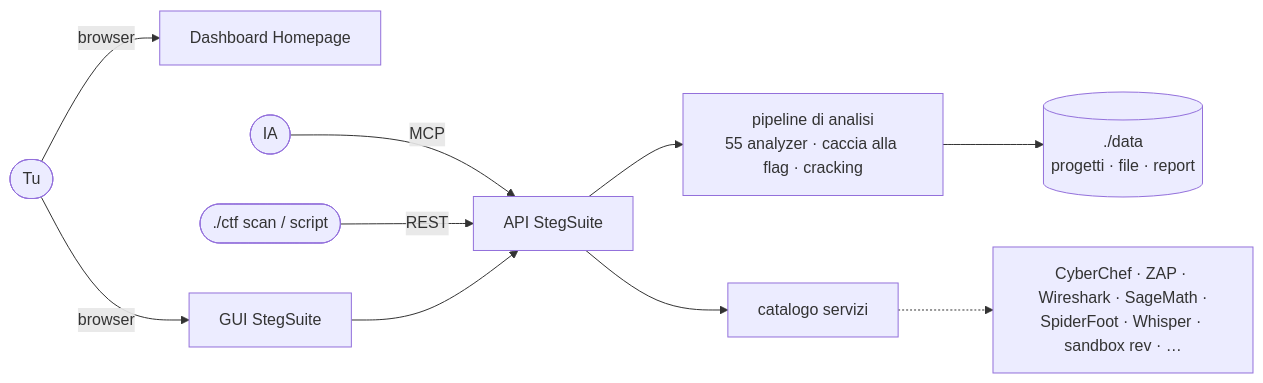
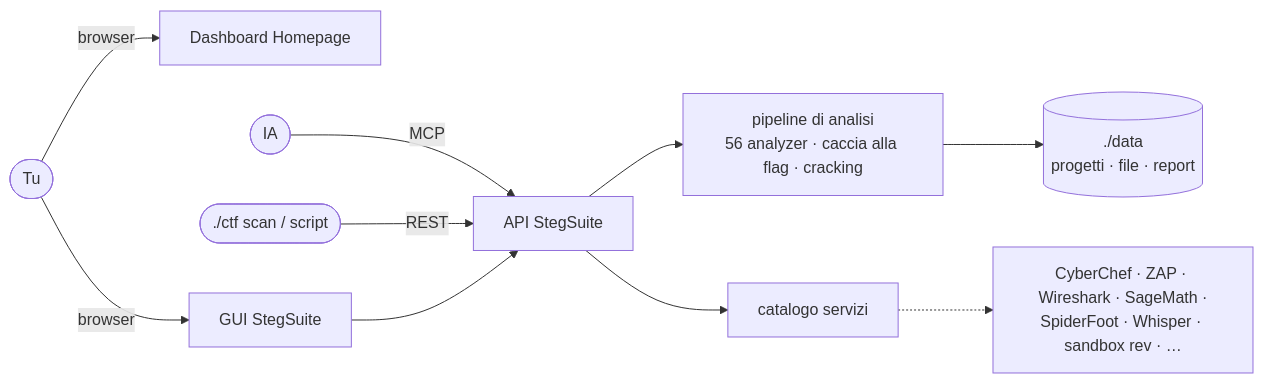
Before and after one commit to dexRand/ctf-docker: the diagram in README.it.md, drawn with Mermaid. The commit also changed other lines of this file and 8 other files, not shown here.

````diff
--- a/README.it.md
+++ b/README.it.md
@@ -88,12 +88,12 @@
 ```mermaid
 flowchart LR
   tu([Tu]) -->|browser| dash[Dashboard Homepage]
   tu -->|browser| ss[GUI StegSuite]
   ia([IA]) -->|MCP| api
   cli([./ctf scan / script]) -->|REST| api
   ss --> api[API StegSuite]
-  api --> pipe[pipeline di analisi<br/>55 analyzer · caccia alla flag · cracking]
+  api --> pipe[pipeline di analisi<br/>56 analyzer · caccia alla flag · cracking]
   pipe --> data[(./data<br/>progetti · file · report)]
   api --> svc[catalogo servizi]
   svc -.-> tools[CyberChef · ZAP · Wireshark · SageMath ·<br/>SpiderFoot · Whisper · sandbox rev · …]
 ```
````
